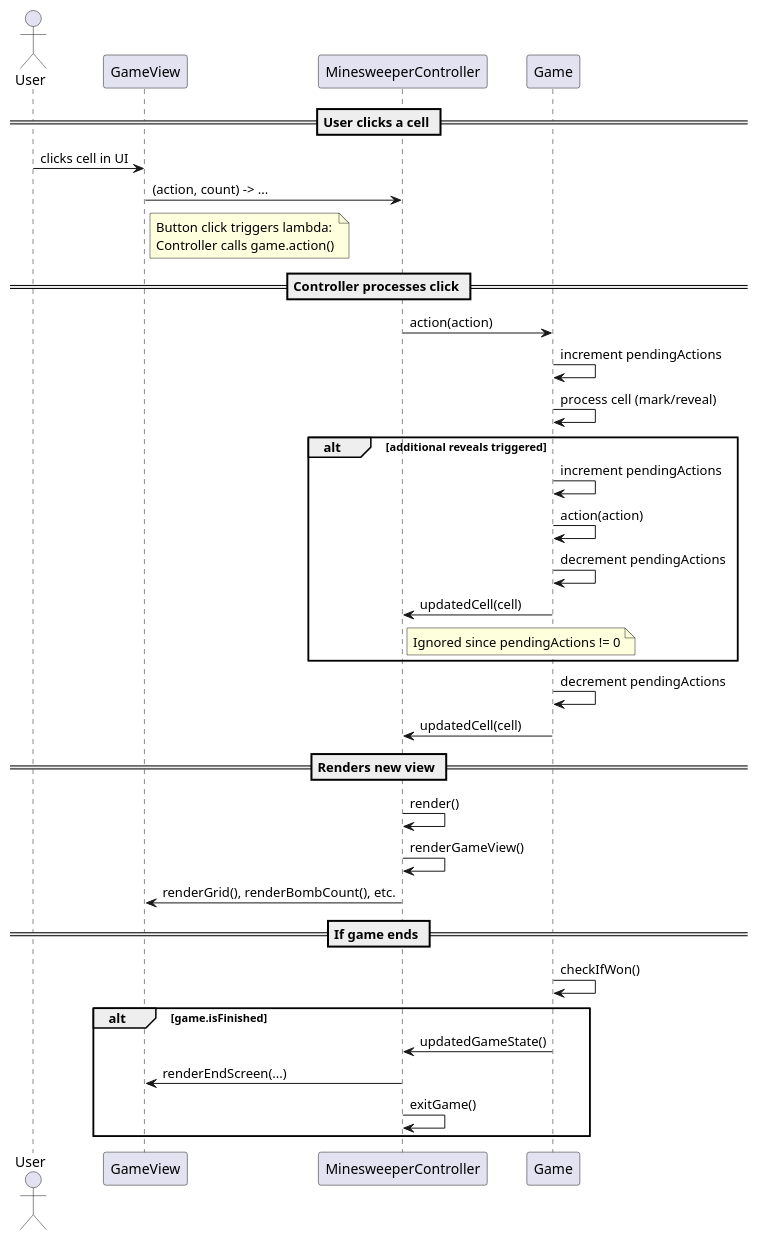
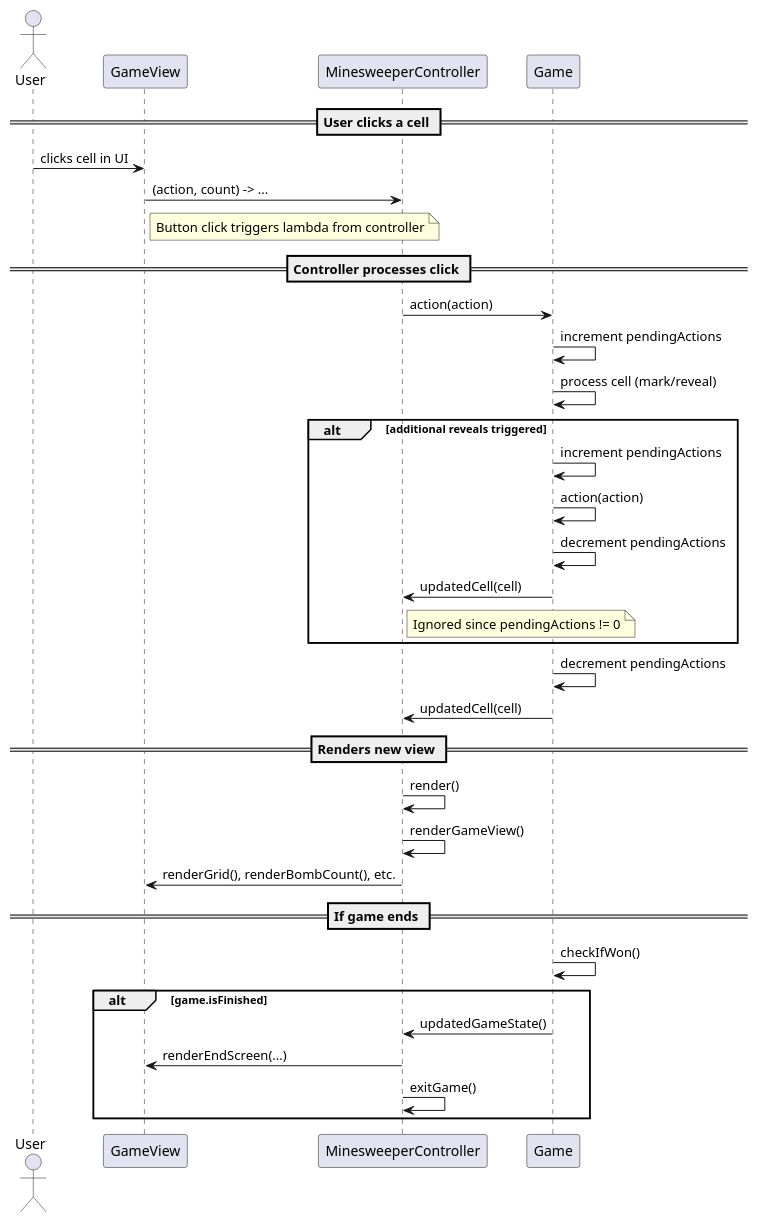
One commit to HN05/Minesweeper changed the diagram in mvc.plantuml. Above: the diagram before and after it, drawn with PlantUML. The commit also changed 2 other files, not shown here.

```diff
--- a/mvc.plantuml
+++ b/mvc.plantuml
@@ -1,48 +1,47 @@
 @startuml
 actor User
 participant "GameView" as View
 participant "MinesweeperController" as Controller
 participant "Game" as Game
 
 
 == User clicks a cell ==
 
 User -> View : clicks cell in UI
 View -> Controller : (action, count) -> ...
 note right of View
-    Button click triggers lambda:
-    Controller calls game.action()
+	Button click triggers lambda from controller
 end note
 
 == Controller processes click ==
 
 Controller -> Game : action(action)
 Game -> Game : increment pendingActions
 Game -> Game : process cell (mark/reveal)
 alt additional reveals triggered
     Game -> Game : increment pendingActions
     Game -> Game : action(action)
     Game -> Game : decrement pendingActions
     Game -> Controller : updatedCell(cell)
     note right of Controller
         Ignored since pendingActions != 0
 end note
 end
 Game -> Game : decrement pendingActions
 Game -> Controller : updatedCell(cell)
 
 == Renders new view ==
 Controller -> Controller : render()
 Controller -> Controller : renderGameView()
 Controller -> View : renderGrid(), renderBombCount(), etc.
 
 == If game ends ==
 
 Game -> Game : checkIfWon()
 alt game.isFinished
     Game -> Controller : updatedGameState()
     Controller -> View : renderEndScreen(...)
     Controller -> Controller : exitGame()
 end
 
 @enduml
```
